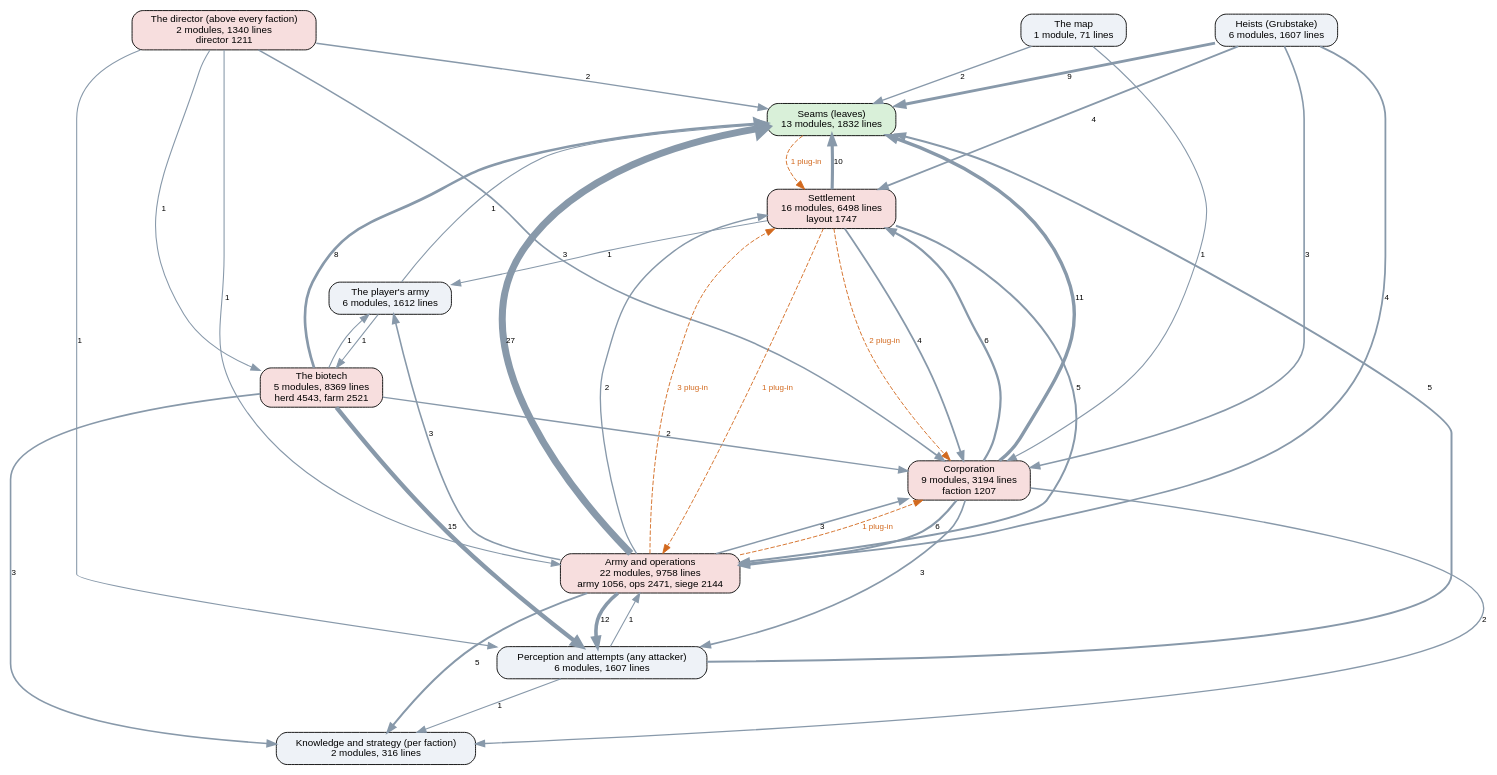
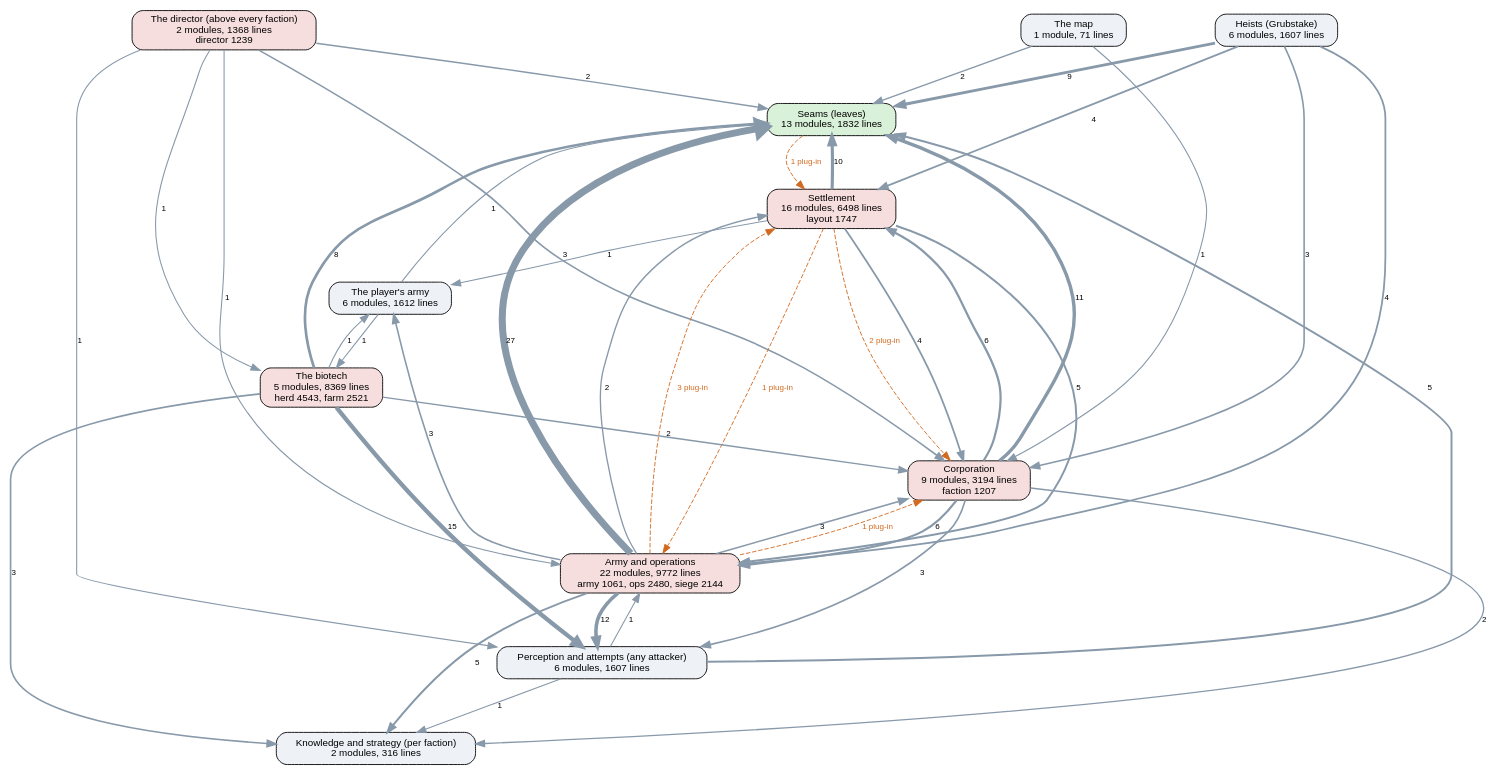
Before and after one commit to kinelhu/landing-party: the diagram in docs/ai-layers.dot, drawn with Graphviz. The commit also changed 12 other files, not shown here.

```diff
--- a/docs/ai-layers.dot
+++ b/docs/ai-layers.dot
@@ -1,57 +1,57 @@
 digraph layers {
   graph [rankdir=TB, fontname="Helvetica", nodesep=0.5, ranksep=0.7];
   node [shape=box, style="rounded,filled", fontname="Helvetica", fontsize=11, fillcolor="#eef2f7"];
   edge [color="#8899aa", fontname="Helvetica", fontsize=9];
   "Seams (leaves)" [label="Seams (leaves)\n13 modules, 1832 lines", fillcolor="#d9f0d9"];
   "Perception and attempts (any attacker)" [label="Perception and attempts (any attacker)\n6 modules, 1607 lines", fillcolor="#eef2f7"];
   "Knowledge and strategy (per faction)" [label="Knowledge and strategy (per faction)\n2 modules, 316 lines", fillcolor="#eef2f7"];
-  "The director (above every faction)" [label="The director (above every faction)\n2 modules, 1340 lines\ndirector 1211", fillcolor="#f7dede"];
+  "The director (above every faction)" [label="The director (above every faction)\n2 modules, 1368 lines\ndirector 1239", fillcolor="#f7dede"];
   "Corporation" [label="Corporation\n9 modules, 3194 lines\nfaction 1207", fillcolor="#f7dede"];
   "Settlement" [label="Settlement\n16 modules, 6498 lines\nlayout 1747", fillcolor="#f7dede"];
-  "Army and operations" [label="Army and operations\n22 modules, 9758 lines\narmy 1056, ops 2471, siege 2144", fillcolor="#f7dede"];
+  "Army and operations" [label="Army and operations\n22 modules, 9772 lines\narmy 1061, ops 2480, siege 2144", fillcolor="#f7dede"];
   "Heists (Grubstake)" [label="Heists (Grubstake)\n6 modules, 1607 lines", fillcolor="#eef2f7"];
   "The biotech" [label="The biotech\n5 modules, 8369 lines\nherd 4543, farm 2521", fillcolor="#f7dede"];
   "The map" [label="The map\n1 module, 71 lines", fillcolor="#eef2f7"];
   "The player's army" [label="The player's army\n6 modules, 1612 lines", fillcolor="#eef2f7"];
   "Army and operations" -> "Corporation" [label="3", penwidth=1.8];
   "Army and operations" -> "Knowledge and strategy (per faction)" [label="5", penwidth=2.2];
   "Army and operations" -> "Perception and attempts (any attacker)" [label="12", penwidth=4.0];
   "Army and operations" -> "Seams (leaves)" [label="27", penwidth=7.8];
   "Army and operations" -> "Settlement" [label="2", penwidth=1.5];
   "Army and operations" -> "The player's army" [label="3", penwidth=1.8];
   "Corporation" -> "Army and operations" [label="6", penwidth=2.5];
   "Corporation" -> "Knowledge and strategy (per faction)" [label="2", penwidth=1.5];
   "Corporation" -> "Perception and attempts (any attacker)" [label="3", penwidth=1.8];
   "Corporation" -> "Seams (leaves)" [label="11", penwidth=3.8];
   "Corporation" -> "Settlement" [label="6", penwidth=2.5];
   "Heists (Grubstake)" -> "Army and operations" [label="4", penwidth=2.0];
   "Heists (Grubstake)" -> "Corporation" [label="3", penwidth=1.8];
   "Heists (Grubstake)" -> "Seams (leaves)" [label="9", penwidth=3.2];
   "Heists (Grubstake)" -> "Settlement" [label="4", penwidth=2.0];
   "Perception and attempts (any attacker)" -> "Army and operations" [label="1", penwidth=1.2];
   "Perception and attempts (any attacker)" -> "Knowledge and strategy (per faction)" [label="1", penwidth=1.2];
   "Perception and attempts (any attacker)" -> "Seams (leaves)" [label="5", penwidth=2.2];
   "Settlement" -> "Army and operations" [label="5", penwidth=2.2];
   "Settlement" -> "Corporation" [label="4", penwidth=2.0];
   "Settlement" -> "Seams (leaves)" [label="10", penwidth=3.5];
   "Settlement" -> "The player's army" [label="1", penwidth=1.2];
   "The biotech" -> "Corporation" [label="2", penwidth=1.5];
   "The biotech" -> "Knowledge and strategy (per faction)" [label="3", penwidth=1.8];
   "The biotech" -> "Perception and attempts (any attacker)" [label="15", penwidth=4.8];
   "The biotech" -> "Seams (leaves)" [label="8", penwidth=3.0];
   "The biotech" -> "The player's army" [label="1", penwidth=1.2];
   "The director (above every faction)" -> "Army and operations" [label="1", penwidth=1.2];
   "The director (above every faction)" -> "Corporation" [label="3", penwidth=1.8];
   "The director (above every faction)" -> "Perception and attempts (any attacker)" [label="1", penwidth=1.2];
   "The director (above every faction)" -> "Seams (leaves)" [label="2", penwidth=1.5];
   "The director (above every faction)" -> "The biotech" [label="1", penwidth=1.2];
   "The map" -> "Corporation" [label="1", penwidth=1.2];
   "The map" -> "Seams (leaves)" [label="2", penwidth=1.5];
   "The player's army" -> "Seams (leaves)" [label="1", penwidth=1.2];
   "The player's army" -> "The biotech" [label="1", penwidth=1.2];
   "Army and operations" -> "Corporation" [style=dashed, color="#d2691e", fontcolor="#d2691e", label="1 plug-in"];
   "Army and operations" -> "Settlement" [style=dashed, color="#d2691e", fontcolor="#d2691e", label="3 plug-in"];
   "Seams (leaves)" -> "Settlement" [style=dashed, color="#d2691e", fontcolor="#d2691e", label="1 plug-in"];
   "Settlement" -> "Army and operations" [style=dashed, color="#d2691e", fontcolor="#d2691e", label="1 plug-in"];
   "Settlement" -> "Corporation" [style=dashed, color="#d2691e", fontcolor="#d2691e", label="2 plug-in"];
 }
```
